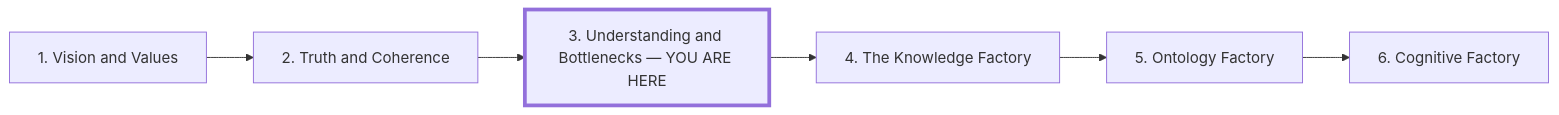
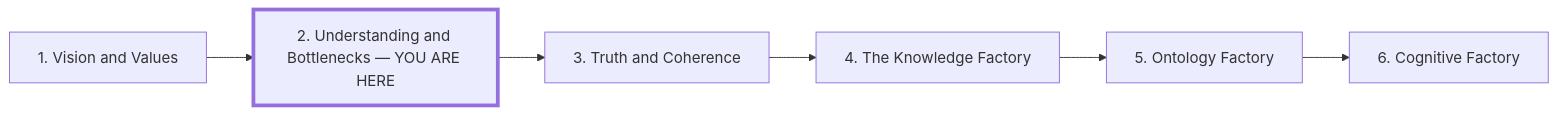
The diagram in libs/blogs/articles/understanding-and-bottlenecks/draft/outline.md (th-m/th-m), drawn with Mermaid before and after one commit. The commit also changed other lines of this file and 23 other files, not shown here.

Commit message:
edit(ai-factory): place understanding before truth in series

````diff
--- a/libs/blogs/articles/understanding-and-bottlenecks/draft/outline.md
+++ b/libs/blogs/articles/understanding-and-bottlenecks/draft/outline.md
@@ -47,11 +47,11 @@
 ```mermaid
 flowchart LR
   V["1. Vision and Values"]
-  T["2. Truth and Coherence"]
-  U["3. Understanding and Bottlenecks — YOU ARE HERE"]
+  U["2. Understanding and Bottlenecks — YOU ARE HERE"]
+  T["3. Truth and Coherence"]
   K["4. The Knowledge Factory"]
   O["5. Ontology Factory"]
   C["6. Cognitive Factory"]
-  V --> T --> U --> K --> O --> C
+  V --> U --> T --> K --> O --> C
   style U stroke-width:4px
 ```
````
